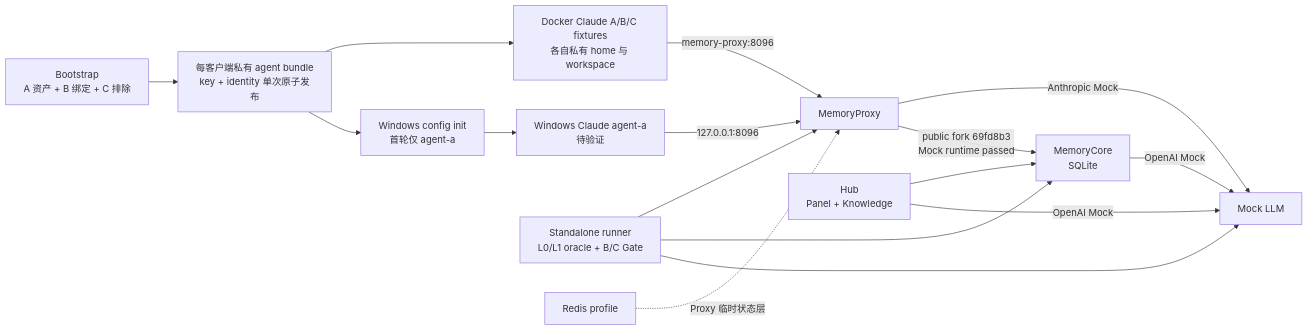
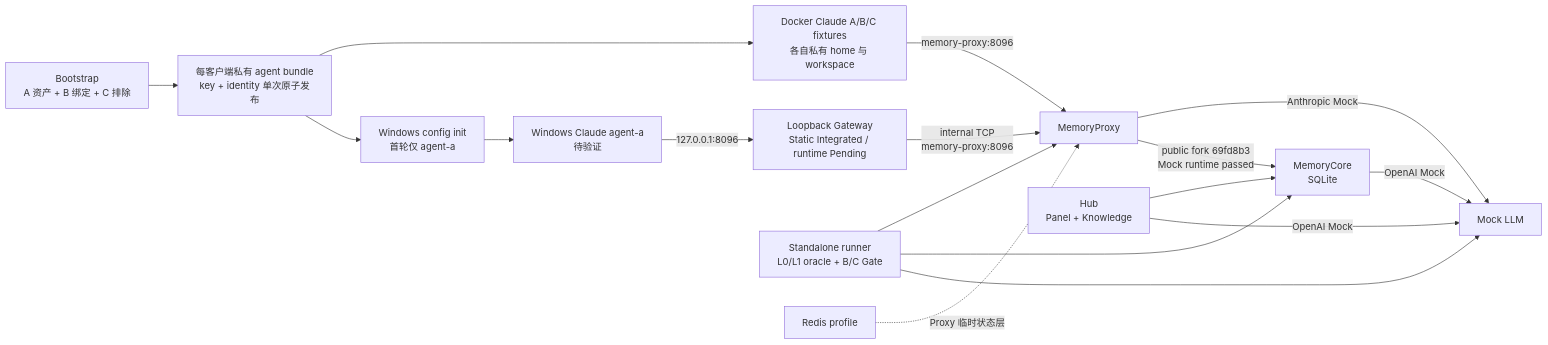
Before and after one commit to psiQAQ/agents-memory: the second of 3 diagrams in docs/enterprise-memory-system-evaluation.md, drawn with Mermaid. The commit also changed other lines of this file and 4 other files, not shown here.

Commit message:
docs: record Windows loopback gateway boundary

````diff
--- a/docs/enterprise-memory-system-evaluation.md
+++ b/docs/enterprise-memory-system-evaluation.md
@@ -111,18 +113,19 @@
 ```mermaid
 flowchart LR
   B["Bootstrap<br/>A 资产 + B 绑定 + C 排除"] --> F["每客户端私有 agent bundle<br/>key + identity 单次原子发布"]
   F --> DA["Docker Claude A/B/C fixtures<br/>各自私有 home 与 workspace"]
   F --> WI["Windows config init<br/>首轮仅 agent-a"]
   WI --> WA["Windows Claude agent-a<br/>待验证"]
-  WA -->|"127.0.0.1:8096"| P["MemoryProxy"]
+  WA -->|"127.0.0.1:8096"| G["Loopback Gateway<br/>Static Integrated / runtime Pending"]
+  G -->|"internal TCP<br/>memory-proxy:8096"| P["MemoryProxy"]
   DA -->|"memory-proxy:8096"| P
   P -->|"Anthropic Mock"| M["Mock LLM"]
   C["MemoryCore<br/>SQLite"] -->|"OpenAI Mock"| M
   T["Standalone runner<br/>L0/L1 oracle + B/C Gate"] --> P
   T --> C
   T --> M
   H["Hub<br/>Panel + Knowledge"] --> C
   H -->|"OpenAI Mock"| M
   P -->|"public fork 69fd8b3<br/>Mock runtime passed"| C
   R["Redis profile"] -. "Proxy 临时状态层" .-> P
 ```
````
